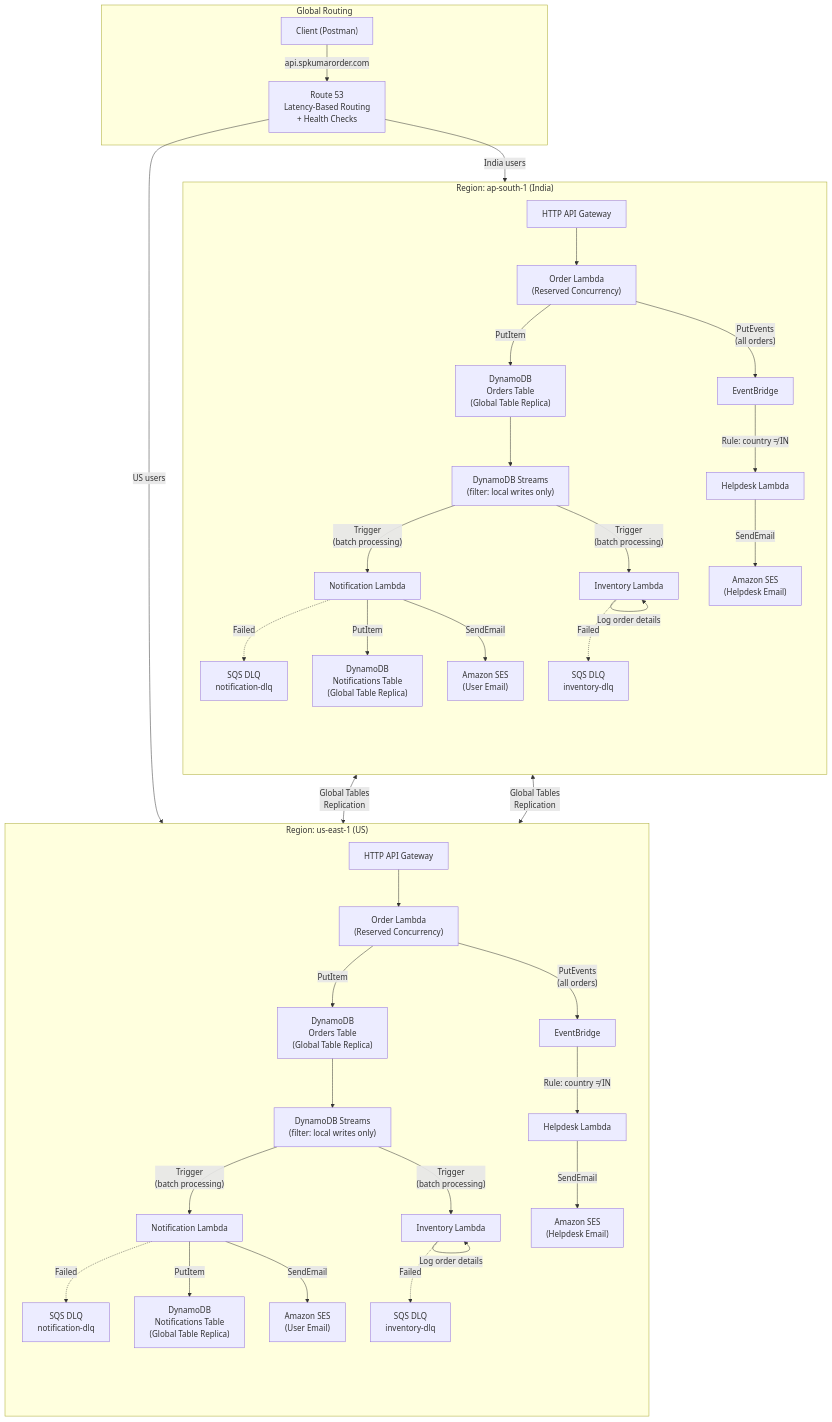
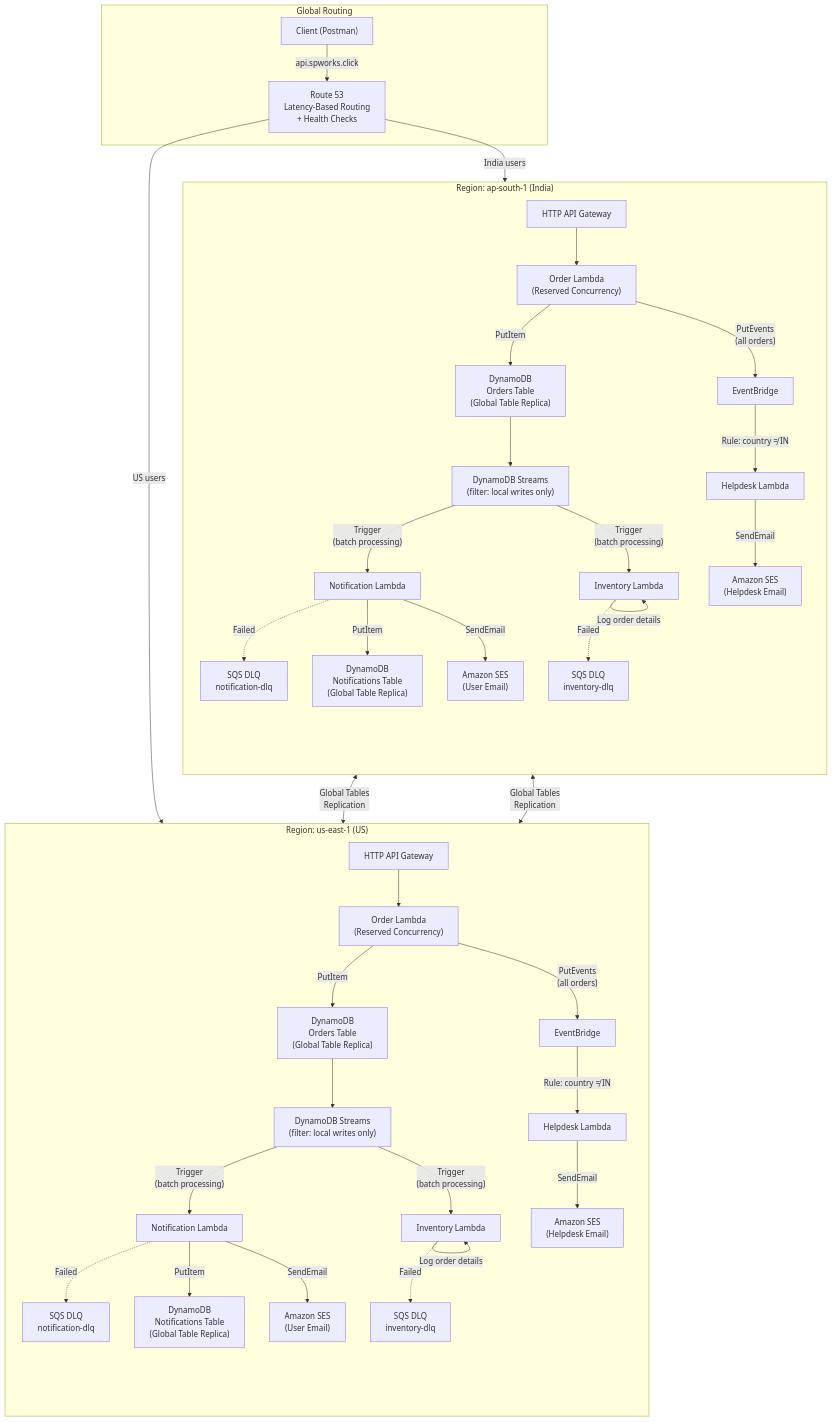
The second of 8 diagrams in docs/architecture.md (SandeepPamujula/order-notification-distributed), drawn with Mermaid before and after one commit. The commit also changed other lines of this file and 20 other files, not shown here.

````diff
--- a/docs/architecture.md
+++ b/docs/architecture.md
@@ -109,76 +109,76 @@
 ```mermaid
 graph TB
     subgraph "Global Routing"
         User["Client (Postman)"]
         R53["Route 53<br/>Latency-Based Routing<br/>+ Health Checks"]
     end
 
-    User -->|"api.spkumarorder.com"| R53
+    User -->|"api.spworks.click"| R53
 
     subgraph "Region: ap-south-1 (India)"
         direction TB
         APIGW1["HTTP API Gateway"]
         OL1["Order Lambda<br/>(Reserved Concurrency)"]
         DDB1["DynamoDB<br/>Orders Table<br/>(Global Table Replica)"]
         DDS1["DynamoDB Streams<br/>(filter: local writes only)"]
         NL1["Notification Lambda"]
         IL1["Inventory Lambda"]
         DLQ_N1["SQS DLQ<br/>notification-dlq"]
         DLQ_I1["SQS DLQ<br/>inventory-dlq"]
         DDB_NOTIF1["DynamoDB<br/>Notifications Table<br/>(Global Table Replica)"]
         SES1["Amazon SES<br/>(User Email)"]
         EB1["EventBridge"]
         HL1["Helpdesk Lambda"]
         SES_HD1["Amazon SES<br/>(Helpdesk Email)"]
 
         APIGW1 --> OL1
         OL1 -->|"PutItem"| DDB1
         OL1 -->|"PutEvents<br/>(all orders)"| EB1
         DDB1 --> DDS1
         DDS1 -->|"Trigger<br/>(batch processing)"| NL1
         DDS1 -->|"Trigger<br/>(batch processing)"| IL1
         NL1 -.->|"Failed"| DLQ_N1
         IL1 -.->|"Failed"| DLQ_I1
         NL1 -->|"PutItem"| DDB_NOTIF1
         NL1 -->|"SendEmail"| SES1
         IL1 -->|"Log order details"| IL1
         EB1 -->|"Rule: country ≠ IN"| HL1
         HL1 -->|"SendEmail"| SES_HD1
     end
 
     subgraph "Region: us-east-1 (US)"
         direction TB
         APIGW2["HTTP API Gateway"]
         OL2["Order Lambda<br/>(Reserved Concurrency)"]
         DDB2["DynamoDB<br/>Orders Table<br/>(Global Table Replica)"]
         DDS2["DynamoDB Streams<br/>(filter: local writes only)"]
         NL2["Notification Lambda"]
         IL2["Inventory Lambda"]
         DLQ_N2["SQS DLQ<br/>notification-dlq"]
         DLQ_I2["SQS DLQ<br/>inventory-dlq"]
         DDB_NOTIF2["DynamoDB<br/>Notifications Table<br/>(Global Table Replica)"]
         SES2["Amazon SES<br/>(User Email)"]
         EB2["EventBridge"]
         HL2["Helpdesk Lambda"]
         SES_HD2["Amazon SES<br/>(Helpdesk Email)"]
 
         APIGW2 --> OL2
         OL2 -->|"PutItem"| DDB2
         OL2 -->|"PutEvents<br/>(all orders)"| EB2
         DDB2 --> DDS2
         DDS2 -->|"Trigger<br/>(batch processing)"| NL2
         DDS2 -->|"Trigger<br/>(batch processing)"| IL2
         NL2 -.->|"Failed"| DLQ_N2
         IL2 -.->|"Failed"| DLQ_I2
         NL2 -->|"PutItem"| DDB_NOTIF2
         NL2 -->|"SendEmail"| SES2
         IL2 -->|"Log order details"| IL2
         EB2 -->|"Rule: country ≠ IN"| HL2
         HL2 -->|"SendEmail"| SES_HD2
     end
 
     R53 -->|"India users"| APIGW1
     R53 -->|"US users"| APIGW2
     DDB1 <-->|"Global Tables<br/>Replication"| DDB2
     DDB_NOTIF1 <-->|"Global Tables<br/>Replication"| DDB_NOTIF2
 ```
````
